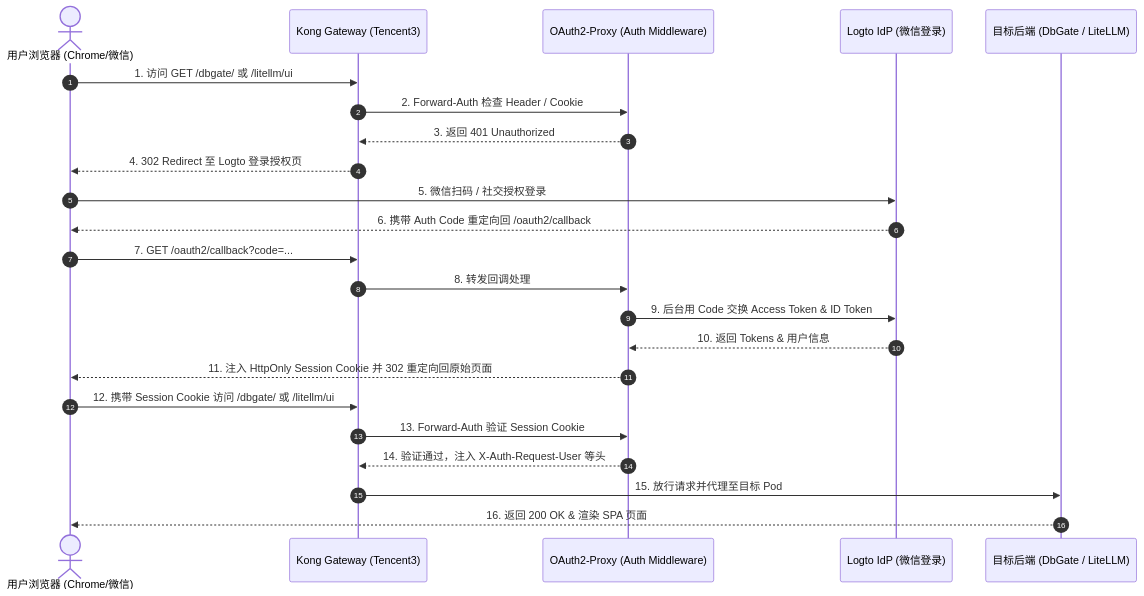
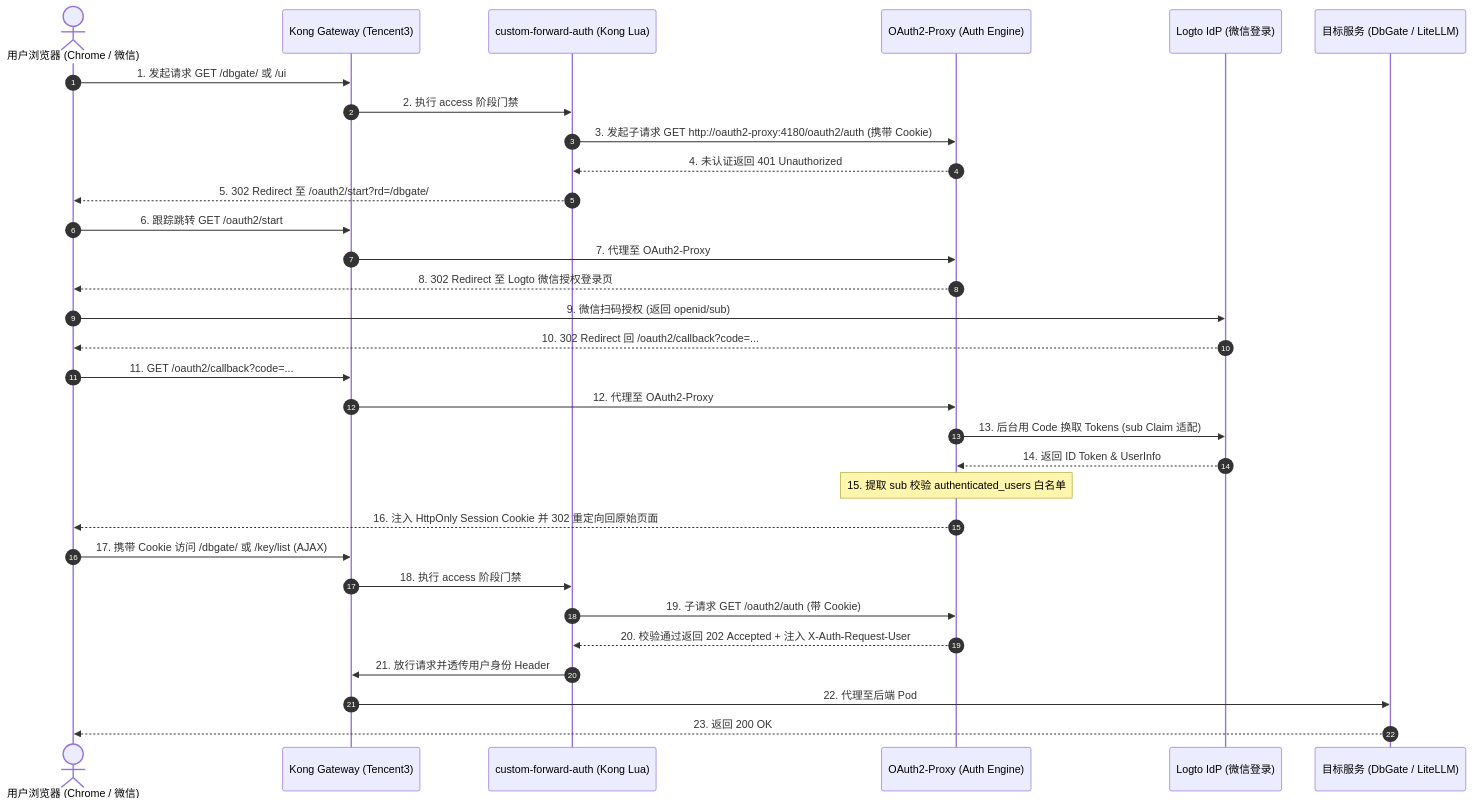
The diagram in docs/kong-logto-wechat-sso-plan.md (nvd11/my-argocd-manifests), drawn with Mermaid before and after one commit. The commit also changed other lines of this file, not shown here.

Commit message:
docs: upgrade SSO plan to v2.0 - incorporate Celia's review (Kong OSS Lua forward-auth, WeChat sub claim fix, LiteLLM extraRoutes, Helm structure)

````diff
--- a/docs/kong-logto-wechat-sso-plan.md
+++ b/docs/kong-logto-wechat-sso-plan.md
@@ -54,31 +61,39 @@
 ```mermaid
 sequenceDiagram
     autonumber
-    actor User as 用户浏览器 (Chrome/微信)
+    actor User as 用户浏览器 (Chrome / 微信)
     participant Kong as Kong Gateway (Tencent3)
-    participant Auth as OAuth2-Proxy (Auth Middleware)
+    participant Lua as custom-forward-auth (Kong Lua)
+    participant Auth as OAuth2-Proxy (Auth Engine)
     participant Logto as Logto IdP (微信登录)
-    participant Backend as 目标后端 (DbGate / LiteLLM)
+    participant Backend as 目标服务 (DbGate / LiteLLM)
 
     %% 1. 未登录访问
-    User->>Kong: 1. 访问 GET /dbgate/ 或 /litellm/ui
-    Kong->>Auth: 2. Forward-Auth 检查 Header / Cookie
-    Auth-->>Kong: 3. 返回 401 Unauthorized
-    Kong-->>User: 4. 302 Redirect 至 Logto 登录授权页
+    User->>Kong: 1. 发起请求 GET /dbgate/ 或 /ui
+    Kong->>Lua: 2. 执行 access 阶段门禁
+    Lua->>Auth: 3. 发起子请求 GET http://oauth2-proxy:4180/oauth2/auth (携带 Cookie)
+    Auth-->>Lua: 4. 未认证返回 401 Unauthorized
+    Lua-->>User: 5. 302 Redirect 至 /oauth2/start?rd=/dbgate/
+    User->>Kong: 6. 跟踪跳转 GET /oauth2/start
+    Kong->>Auth: 7. 代理至 OAuth2-Proxy
+    Auth-->>User: 8. 302 Redirect 至 Logto 微信授权登录页
 
-    %% 2. 微信登录认证
-    User->>Logto: 5. 微信扫码 / 社交授权登录
-    Logto-->>User: 6. 携带 Auth Code 重定向回 /oauth2/callback
-    User->>Kong: 7. GET /oauth2/callback?code=...
-    Kong->>Auth: 8. 转发回调处理
-    Auth->>Logto: 9. 后台用 Code 交换 Access Token & ID Token
-    Logto-->>Auth: 10. 返回 Tokens & 用户信息
-    Auth-->>User: 11. 注入 HttpOnly Session Cookie 并 302 重定向回原始页面
+    %% 2. 微信扫码与 ID Token 交换
+    User->>Logto: 9. 微信扫码授权 (返回 openid/sub)
+    Logto-->>User: 10. 302 Redirect 回 /oauth2/callback?code=...
+    User->>Kong: 11. GET /oauth2/callback?code=...
+    Kong->>Auth: 12. 代理至 OAuth2-Proxy
+    Auth->>Logto: 13. 后台用 Code 换取 Tokens (sub Claim 适配)
+    Logto-->>Auth: 14. 返回 ID Token & UserInfo
+    Note over Auth: 15. 提取 sub 校验 authenticated_users 白名单
+    Auth-->>User: 16. 注入 HttpOnly Session Cookie 并 302 重定向回原始页面
 
     %% 3. 已登录持续访问与 SPA 穿透
-    User->>Kong: 12. 携带 Session Cookie 访问 /dbgate/ 或 /litellm/ui
-    Kong->>Auth: 13. Forward-Auth 验证 Session Cookie
-    Auth-->>Kong: 14. 验证通过，注入 X-Auth-Request-User 等头
-    Kong->>Backend: 15. 放行请求并代理至目标 Pod
-    Backend-->>User: 16. 返回 200 OK & 渲染 SPA 页面
+    User->>Kong: 17. 携带 Cookie 访问 /dbgate/ 或 /key/list (AJAX)
+    Kong->>Lua: 18. 执行 access 阶段门禁
+    Lua->>Auth: 19. 子请求 GET /oauth2/auth (带 Cookie)
+    Auth-->>Lua: 20. 校验通过返回 202 Accepted + 注入 X-Auth-Request-User
+    Lua->>Kong: 21. 放行请求并透传用户身份 Header
+    Kong->>Backend: 22. 代理至后端 Pod
+    Backend-->>User: 23. 返回 200 OK
 ```
````
